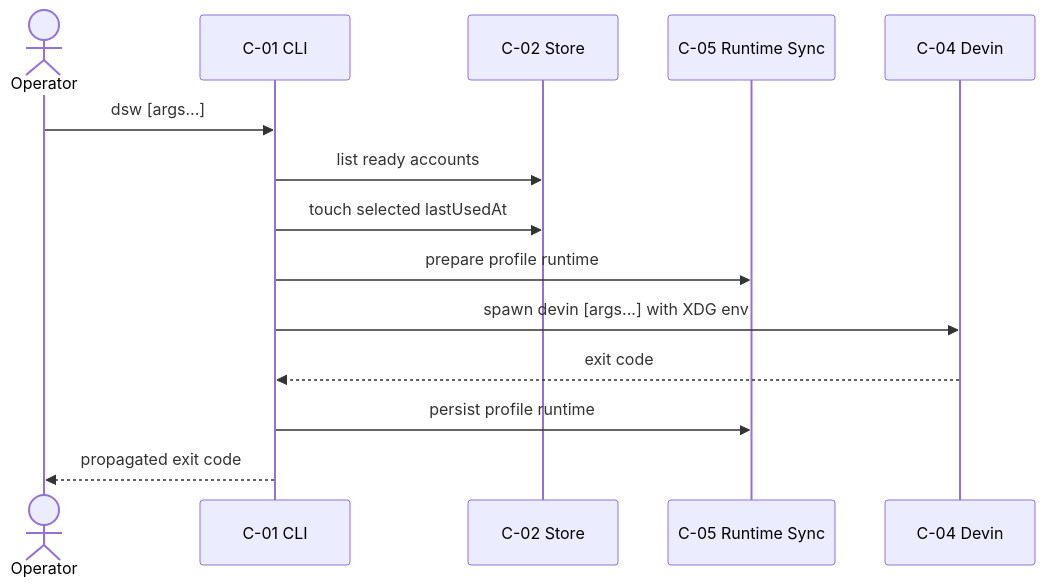
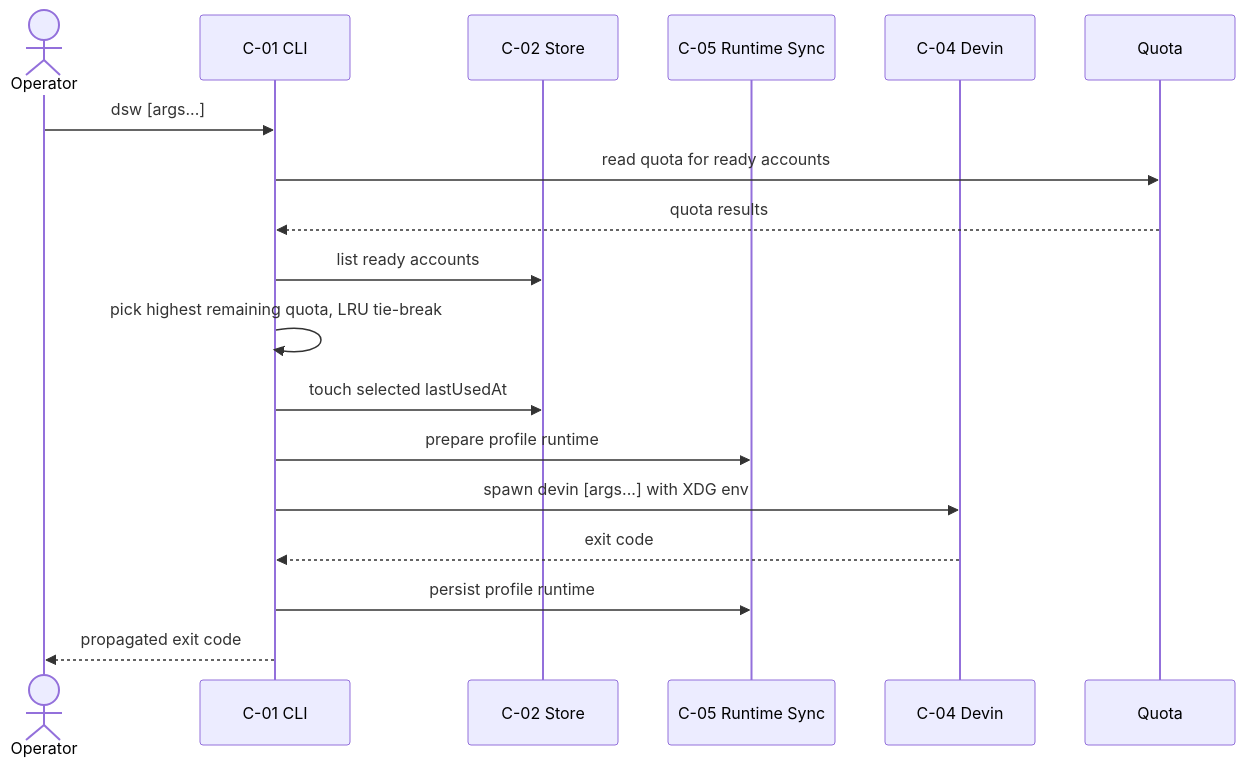
One commit to itsddvn/dws changed the fourth of 6 diagrams in docs/ARCHITECTURE.md. Above: the diagram before and after it, drawn with Mermaid. The commit also changed other lines of this file and 16 other files, not shown here.

Commit message:
fix(cli): select max remaining quota account

````diff
--- a/docs/ARCHITECTURE.md
+++ b/docs/ARCHITECTURE.md
@@ -193,16 +193,19 @@
 ```mermaid
 sequenceDiagram
     actor Operator
     participant CLI as C-01 CLI
     participant Store as C-02 Store
     participant Runtime as C-05 Runtime Sync
     participant Devin as C-04 Devin
     Operator->>CLI: dsw [args...]
+    CLI->>Quota: read quota for ready accounts
+    Quota-->>CLI: quota results
     CLI->>Store: list ready accounts
+    CLI->>CLI: pick highest remaining quota, LRU tie-break
     CLI->>Store: touch selected lastUsedAt
     CLI->>Runtime: prepare profile runtime
     CLI->>Devin: spawn devin [args...] with XDG env
     Devin-->>CLI: exit code
     CLI->>Runtime: persist profile runtime
     CLI-->>Operator: propagated exit code
 ```
````
